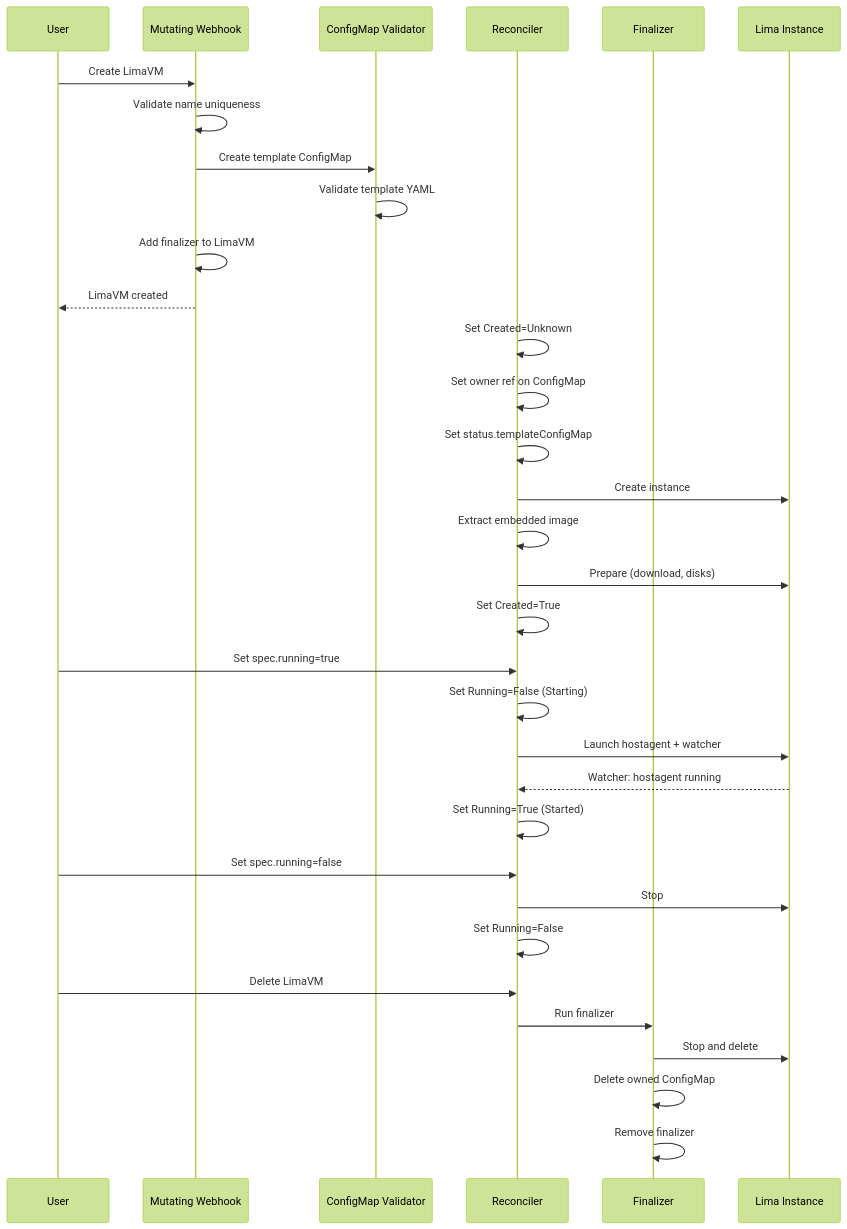
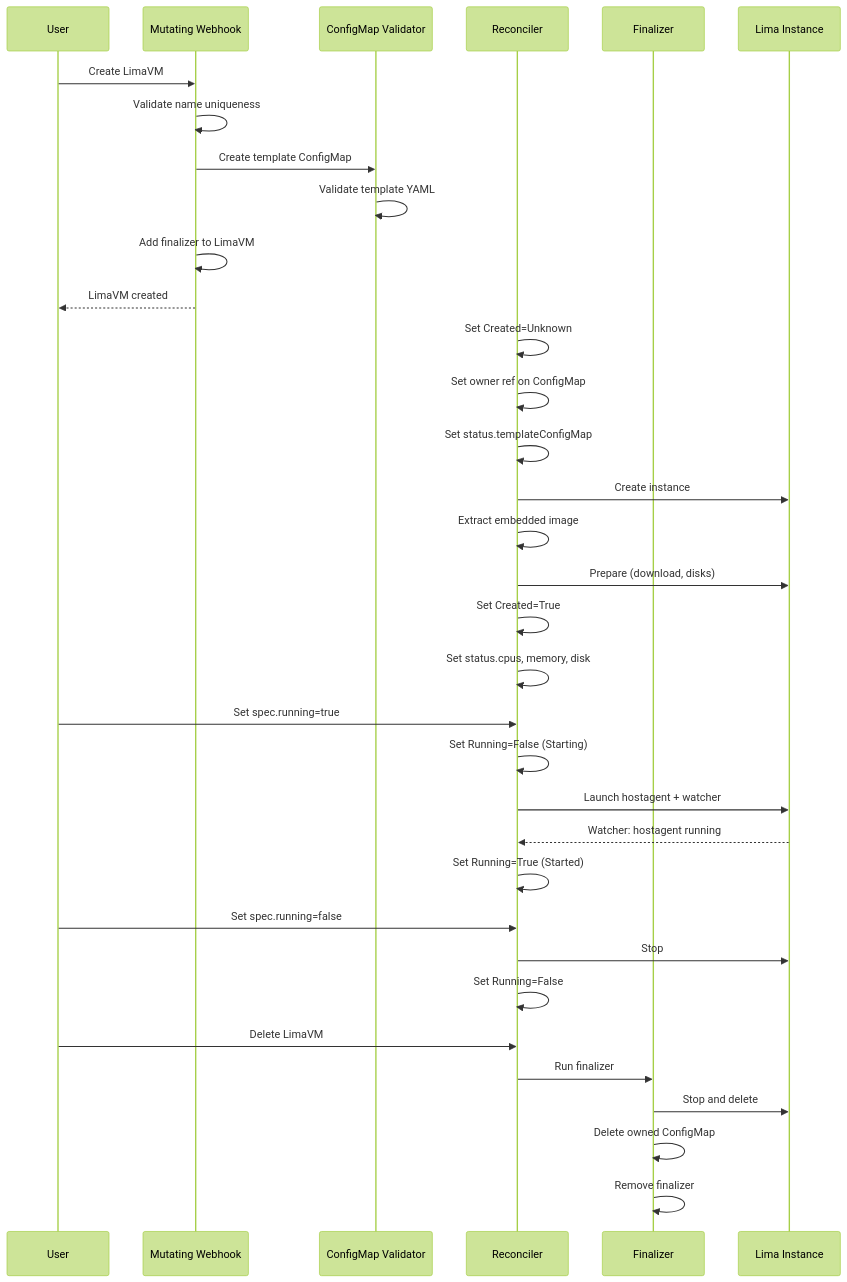
Before and after one commit to jandubois/rancher-desktop-2: the second of 8 diagrams in rdd/docs/design/api_lima.md, drawn with Mermaid (forest theme). The commit also changed other lines of this file and 5 other files, not shown here.

First line of the commit message:
rdd: report LimaVM CPUs, memory and disk in status

````diff
--- a/rdd/docs/design/api_lima.md
+++ b/rdd/docs/design/api_lima.md
@@ -128,40 +133,41 @@
 ```mermaid
 sequenceDiagram
     participant User
     participant MW as Mutating Webhook
     participant VW as ConfigMap Validator
     participant R as Reconciler
     participant F as Finalizer
     participant Lima as Lima Instance
 
     User->>MW: Create LimaVM
     MW->>MW: Validate name uniqueness
     MW->>VW: Create template ConfigMap
     VW->>VW: Validate template YAML
     MW->>MW: Add finalizer to LimaVM
     MW-->>User: LimaVM created
 
     R->>R: Set Created=Unknown
     R->>R: Set owner ref on ConfigMap
     R->>R: Set status.templateConfigMap
     R->>Lima: Create instance
     R->>R: Extract embedded image
     R->>Lima: Prepare (download, disks)
     R->>R: Set Created=True
+    R->>R: Set status.cpus, memory, disk
 
     User->>R: Set spec.running=true
     R->>R: Set Running=False (Starting)
     R->>Lima: Launch hostagent + watcher
     Lima-->>R: Watcher: hostagent running
     R->>R: Set Running=True (Started)
 
     User->>R: Set spec.running=false
     R->>Lima: Stop
     R->>R: Set Running=False
 
     User->>R: Delete LimaVM
     R->>F: Run finalizer
     F->>Lima: Stop and delete
     F->>F: Delete owned ConfigMap
     F->>F: Remove finalizer
 ```
````
